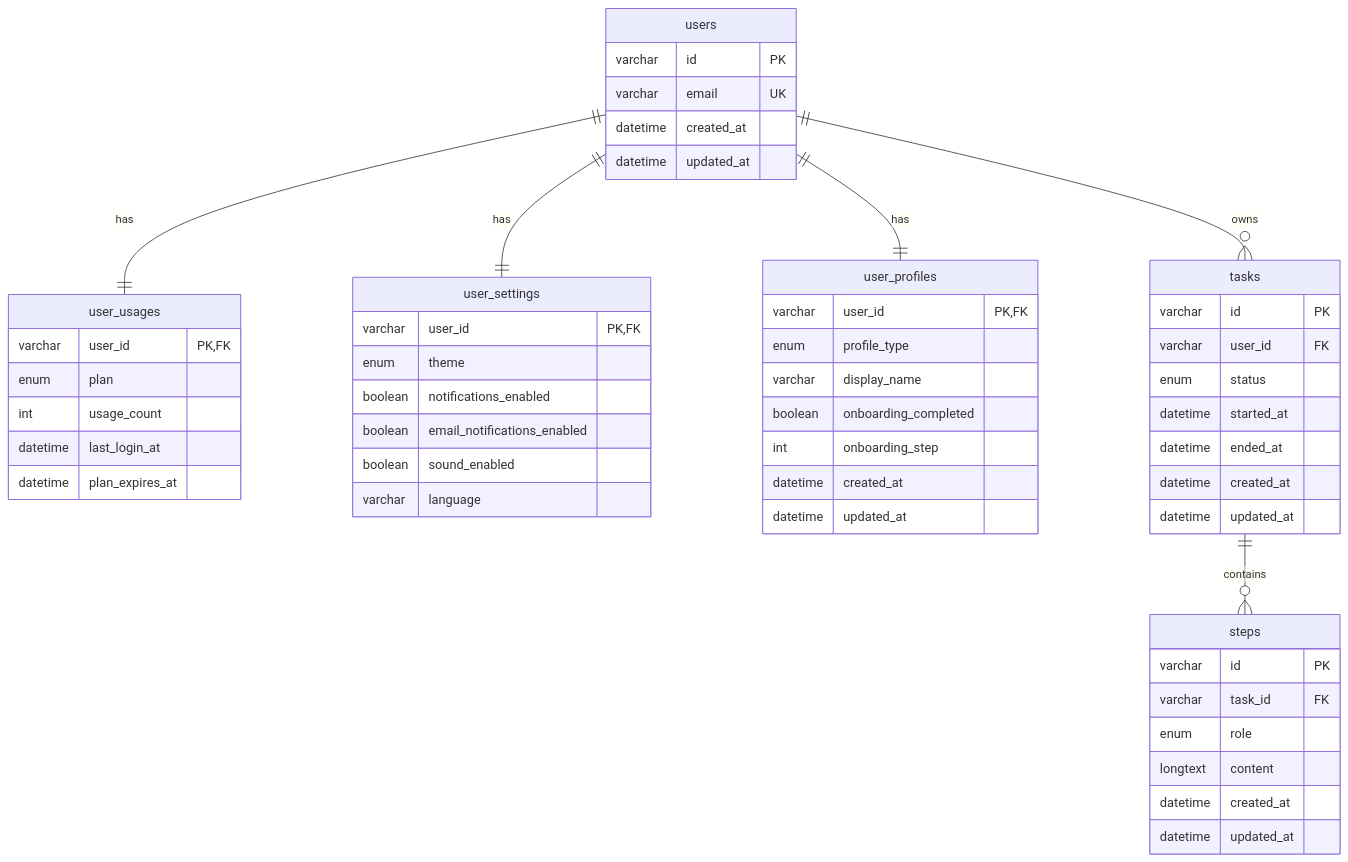
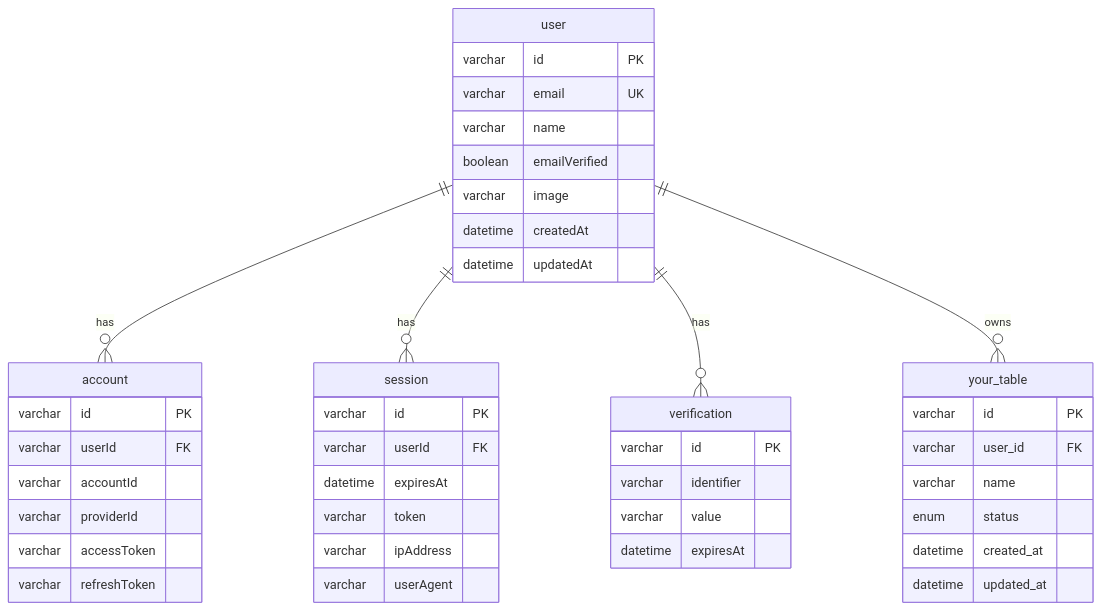
The third of 3 diagrams in docs/backend/domain-modeling.md (vspo-lab/vspo-collection), drawn with Mermaid before and after one commit. The commit also changed other lines of this file and 125 other files, not shown here.

````diff
--- a/docs/backend/domain-modeling.md
+++ b/docs/backend/domain-modeling.md
@@ -361,61 +279,51 @@
 ```mermaid
 erDiagram
-    users ||--|| user_usages : has
-    users ||--|| user_settings : has
-    users ||--|| user_profiles : has
-    users ||--o{ tasks : owns
-    tasks ||--o{ steps : contains
+    user ||--o{ account : has
+    user ||--o{ session : has
+    user ||--o{ verification : has
+    user ||--o{ your_table : owns
 
-    users {
+    user {
         varchar id PK
         varchar email UK
-        datetime created_at
-        datetime updated_at
+        varchar name
+        boolean emailVerified
+        varchar image
+        datetime createdAt
+        datetime updatedAt
     }
 
-    user_usages {
-        varchar user_id PK,FK
-        enum plan
-        int usage_count
-        datetime last_login_at
-        datetime plan_expires_at
+    account {
+        varchar id PK
+        varchar userId FK
+        varchar accountId
+        varchar providerId
+        varchar accessToken
+        varchar refreshToken
     }
 
-    user_settings {
-        varchar user_id PK,FK
-        enum theme
-        boolean notifications_enabled
-        boolean email_notifications_enabled
-        boolean sound_enabled
-        varchar language
+    session {
+        varchar id PK
+        varchar userId FK
+        datetime expiresAt
+        varchar token
+        varchar ipAddress
+        varchar userAgent
     }
 
-    user_profiles {
-        varchar user_id PK,FK
-        enum profile_type
-        varchar display_name
-        boolean onboarding_completed
-        int onboarding_step
-        datetime created_at
-        datetime updated_at
+    verification {
+        varchar id PK
+        varchar identifier
+        varchar value
+        datetime expiresAt
     }
 
-    tasks {
+    your_table {
         varchar id PK
         varchar user_id FK
+        varchar name
         enum status
-        datetime started_at
-        datetime ended_at
-        datetime created_at
-        datetime updated_at
-    }
-
-    steps {
-        varchar id PK
-        varchar task_id FK
-        enum role
-        longtext content
         datetime created_at
         datetime updated_at
     }
 ```
````
